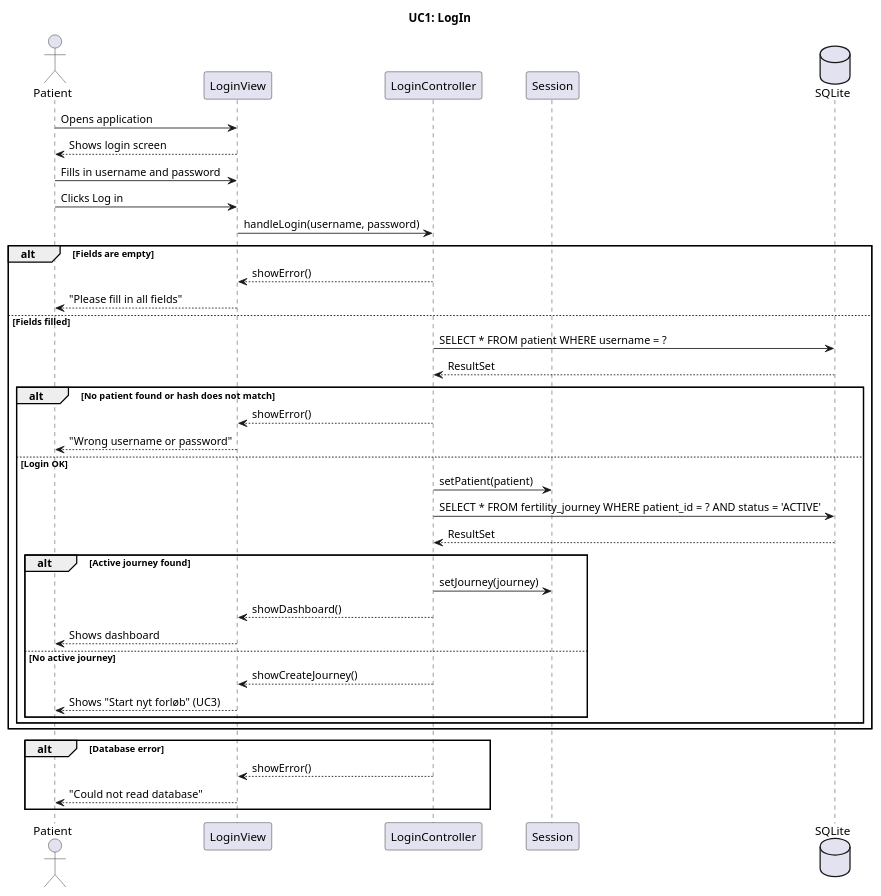
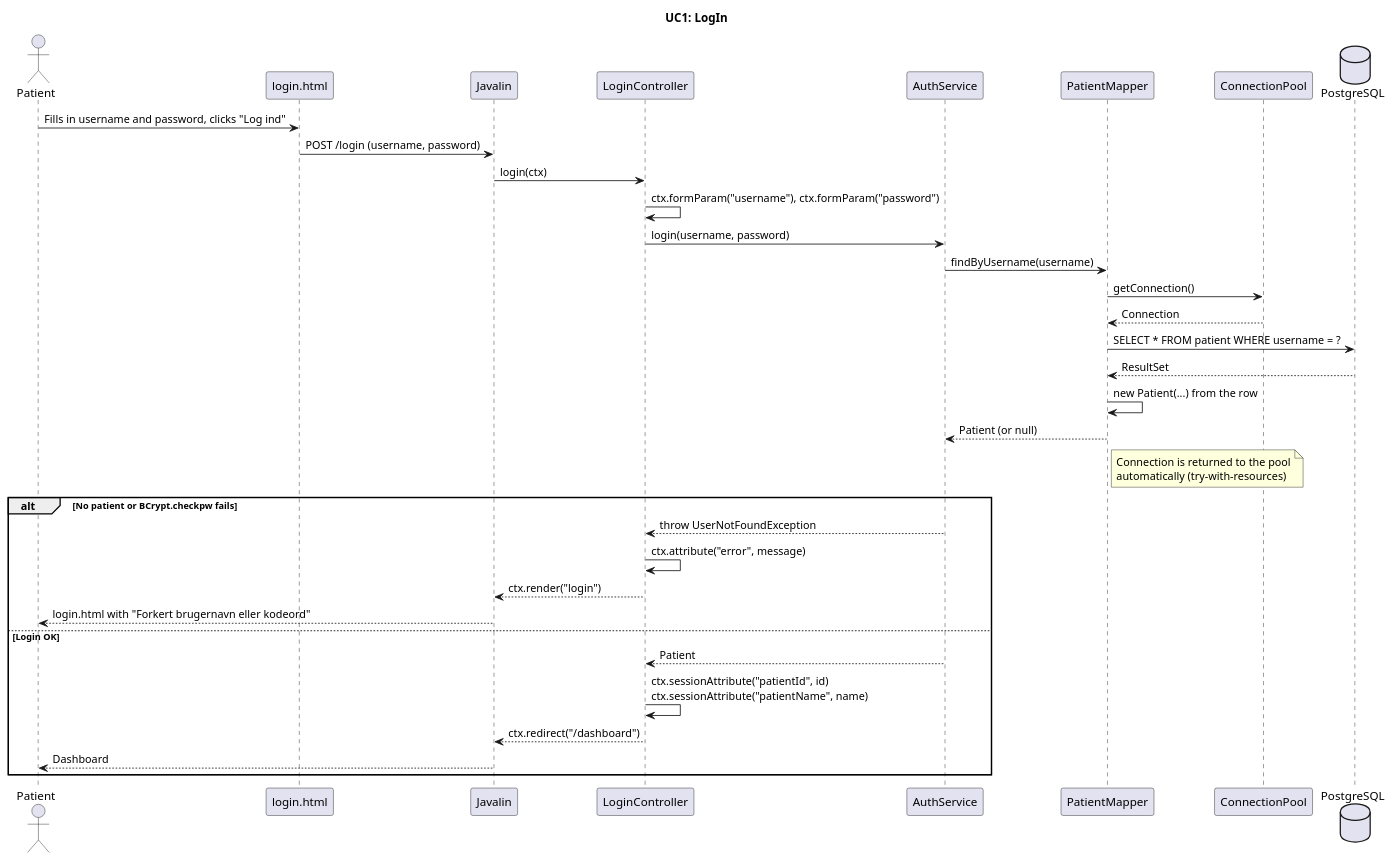
One commit to BesimaP/Simpl-PET-project changed the diagram in doc/dynamic/UC1 - LogIn.puml. Above: the diagram before and after it, drawn with PlantUML. The commit also changed other lines of this file and 61 other files, not shown here.

```diff
--- a/doc/dynamic/UC1 - LogIn.puml
+++ b/doc/dynamic/UC1 - LogIn.puml
@@ -2,48 +1,41 @@
 @startuml
 !pragma layout smetana
 
 title UC1: LogIn
 
 actor "Patient" as u
-participant "LoginView" as v
+participant "login.html" as v
+participant "Javalin" as j
 participant "LoginController" as c
-participant "Session" as m
-database "SQLite" as db
+participant "AuthService" as s
+participant "PatientMapper" as pm
+participant "ConnectionPool" as cp
+database "PostgreSQL" as db
 
-u -> v : Opens application
-v --> u : Shows login screen
+u -> v : Fills in username and password, clicks "Log ind"
+v -> j : POST /login (username, password)
+j -> c : login(ctx)
+c -> c : ctx.formParam("username"), ctx.formParam("password")
+c -> s : login(username, password)
+s -> pm : findByUsername(username)
+pm -> cp : getConnection()
+cp --> pm : Connection
+pm -> db : SELECT * FROM patient WHERE username = ?
+db --> pm : ResultSet
+pm -> pm : new Patient(...) from the row
+pm --> s : Patient (or null)
+note right of pm : Connection is returned to the pool\nautomatically (try-with-resources)
 
-u -> v : Fills in username and password
-u -> v : Clicks Log in
-v -> c : handleLogin(username, password)
-
-alt Fields are empty
-  c --> v : showError()
-  v --> u : "Please fill in all fields"
-else Fields filled
-  c -> db : SELECT * FROM patient WHERE username = ?
-  db --> c : ResultSet
-  alt No patient found or hash does not match
-    c --> v : showError()
-    v --> u : "Wrong username or password"
-  else Login OK
-    c -> m : setPatient(patient)
-    c -> db : SELECT * FROM fertility_journey WHERE patient_id = ? AND status = 'ACTIVE'
-    db --> c : ResultSet
-    alt Active journey found
-      c -> m : setJourney(journey)
-      c --> v : showDashboard()
-      v --> u : Shows dashboard
-    else No active journey
-      c --> v : showCreateJourney()
-      v --> u : Shows "Start nyt forløb" (UC3)
-    end
-  end
-end
-
-alt Database error
-  c --> v : showError()
-  v --> u : "Could not read database"
+alt No patient or BCrypt.checkpw fails
+  s --> c : throw UserNotFoundException
+  c -> c : ctx.attribute("error", message)
+  c --> j : ctx.render("login")
+  j --> u : login.html with "Forkert brugernavn eller kodeord"
+else Login OK
+  s --> c : Patient
+  c -> c : ctx.sessionAttribute("patientId", id)\nctx.sessionAttribute("patientName", name)
+  c --> j : ctx.redirect("/dashboard")
+  j --> u : Dashboard
 end
 
 @enduml
```
